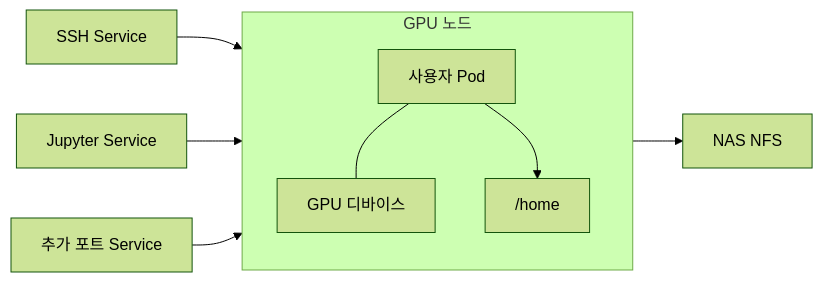
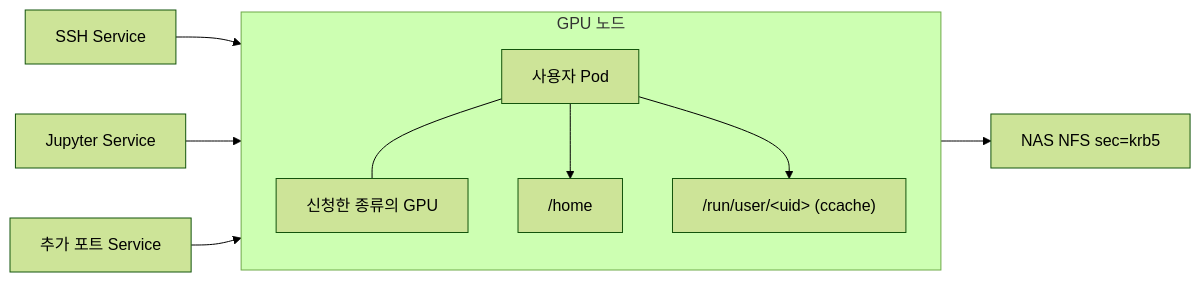
One commit to CSID-DGU/admin_wiki changed the fourth of 4 diagrams in md/infra/design/시스템-아키텍처.md. Above: the diagram before and after it, drawn with Mermaid (forest theme). The commit also changed other lines of this file and 12 other files, not shown here.

````diff
--- a/md/infra/design/시스템-아키텍처.md
+++ b/md/infra/design/시스템-아키텍처.md
@@ -231,16 +381,18 @@
 ```mermaid
 flowchart LR
     subgraph NODE[GPU 노드]
         direction TB
         POD[사용자 Pod]
-        GPU[GPU 디바이스]
+        GPU[신청한 종류의 GPU]
         HOME["/home"]
+        CC["/run/user/&lt;uid&gt; (ccache)"]
     end
 
     S1[SSH Service] --> POD
     S2[Jupyter Service] --> POD
     S3[추가 포트 Service] --> POD
     POD --- GPU
     POD --> HOME
-    HOME --> NAS[NAS NFS]
+    POD --> CC
+    HOME --> NAS[NAS NFS sec=krb5]
 ```
````
